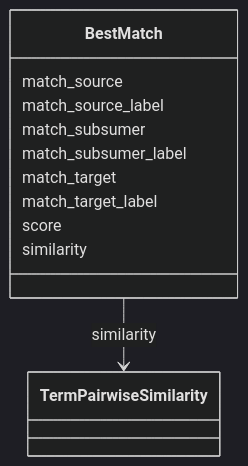
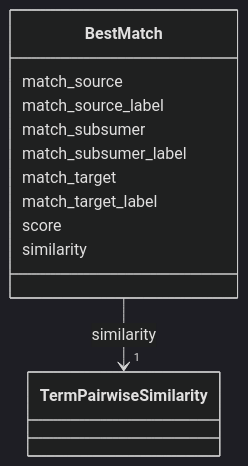
One commit to INCATools/ontology-access-kit changed the diagram in similarity/BestMatch.md. Above: the diagram before and after it, drawn with Mermaid (dark theme). The commit also changed other lines of this file and 3329 other files, not shown here.

````diff
--- a/similarity/BestMatch.md
+++ b/similarity/BestMatch.md
@@ -12,23 +14,29 @@
 ```{mermaid}
  classDiagram
     class BestMatch
+    click BestMatch href "../BestMatch"
       BestMatch : match_source
         
       BestMatch : match_source_label
         
       BestMatch : match_subsumer
         
       BestMatch : match_subsumer_label
         
       BestMatch : match_target
         
       BestMatch : match_target_label
         
       BestMatch : score
         
       BestMatch : similarity
         
-          BestMatch --> TermPairwiseSimilarity : similarity
+          
+    
+    
+    BestMatch --> "1" TermPairwiseSimilarity : similarity
+    click TermPairwiseSimilarity href "../TermPairwiseSimilarity"
+
         
       
 ```
````
